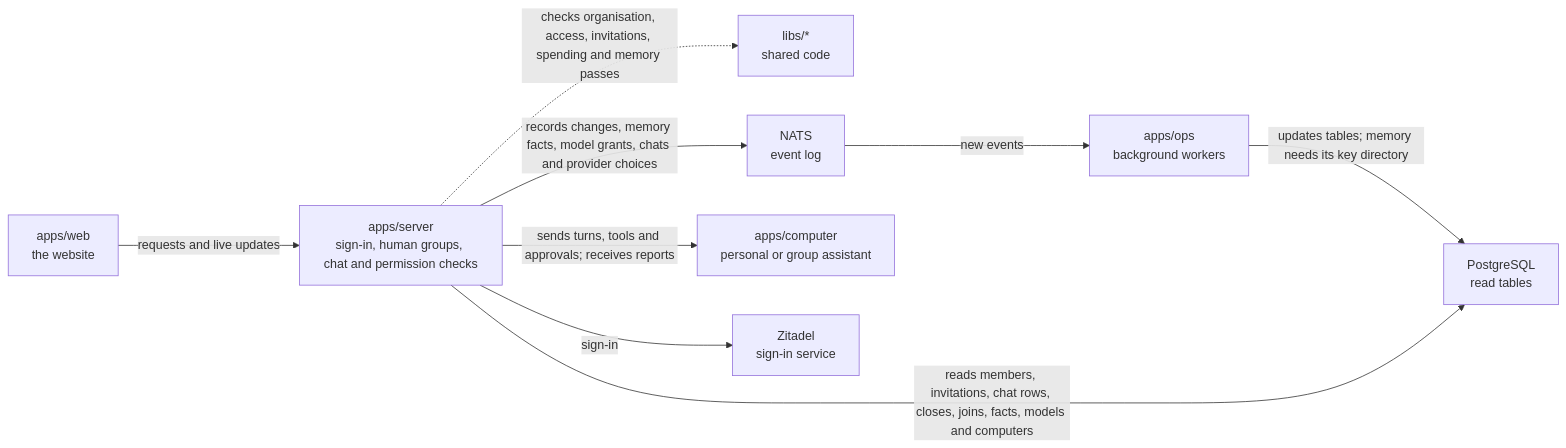
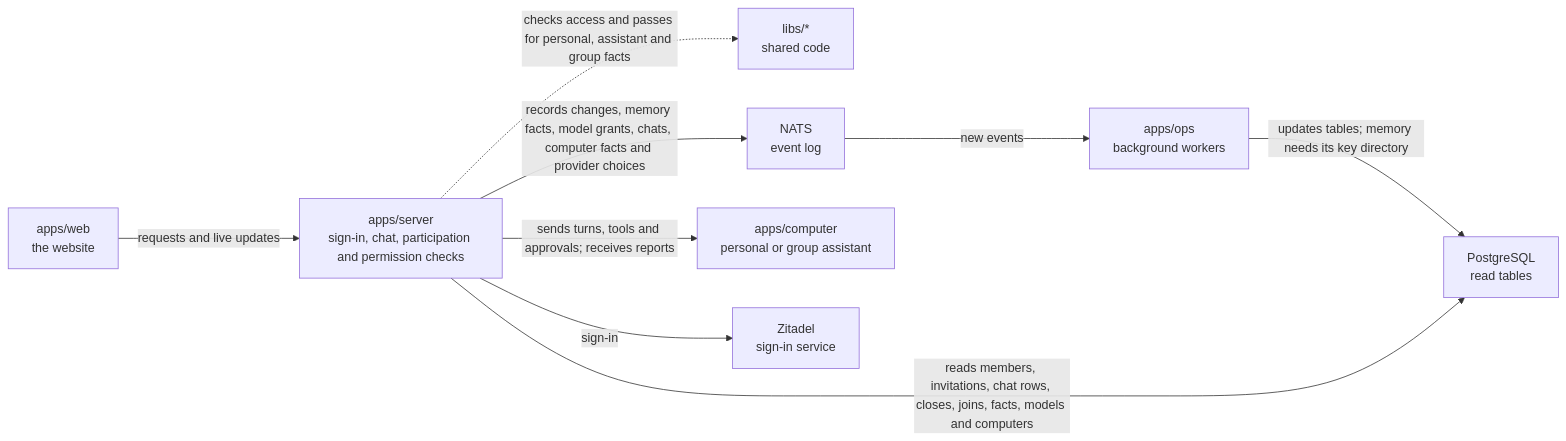
One commit to elewa-git/opencrane-new changed the diagram in apps/server/README.md. Above: the diagram before and after it, drawn with Mermaid. The commit also changed other lines of this file and 6 other files, not shown here.

Commit message:
🧠 Allow governed recall for assistant notes and group facts

````diff
--- a/apps/server/README.md
+++ b/apps/server/README.md
@@ -11,11 +11,11 @@
 ```mermaid
 flowchart LR
-  web["apps/web<br/>the website"] -->|requests and live updates| server["apps/server<br/>sign-in, human groups, chat and permission checks"]
-  server -.->|checks organisation, access, invitations, spending and memory passes| libs["libs/*<br/>shared code"]
-  server -->|records changes, memory facts, model grants, chats and provider choices| nats["NATS<br/>event log"]
+  web["apps/web<br/>the website"] -->|requests and live updates| server["apps/server<br/>sign-in, chat, participation and permission checks"]
+  server -.->|checks access and passes for personal, assistant and group facts| libs["libs/*<br/>shared code"]
+  server -->|records changes, memory facts, model grants, chats, computer facts and provider choices| nats["NATS<br/>event log"]
   nats -->|new events| ops["apps/ops<br/>background workers"]
   ops -->|updates tables; memory needs its key directory| postgres["PostgreSQL<br/>read tables"]
   server -->|reads members, invitations, chat rows, closes, joins, facts, models and computers| postgres
   server -->|sends turns, tools and approvals; receives reports| computer["apps/computer<br/>personal or group assistant"]
   server -->|sign-in| zitadel["Zitadel<br/>sign-in service"]
 ```
````
